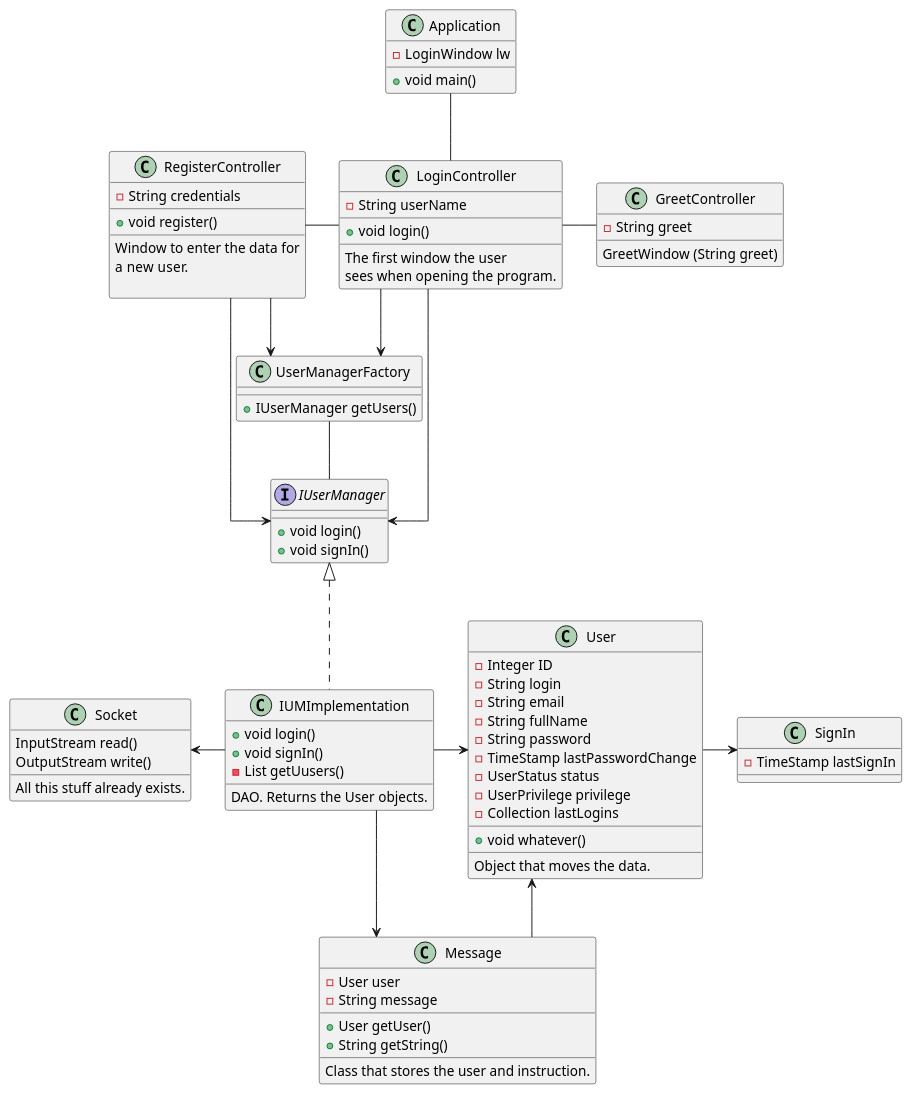
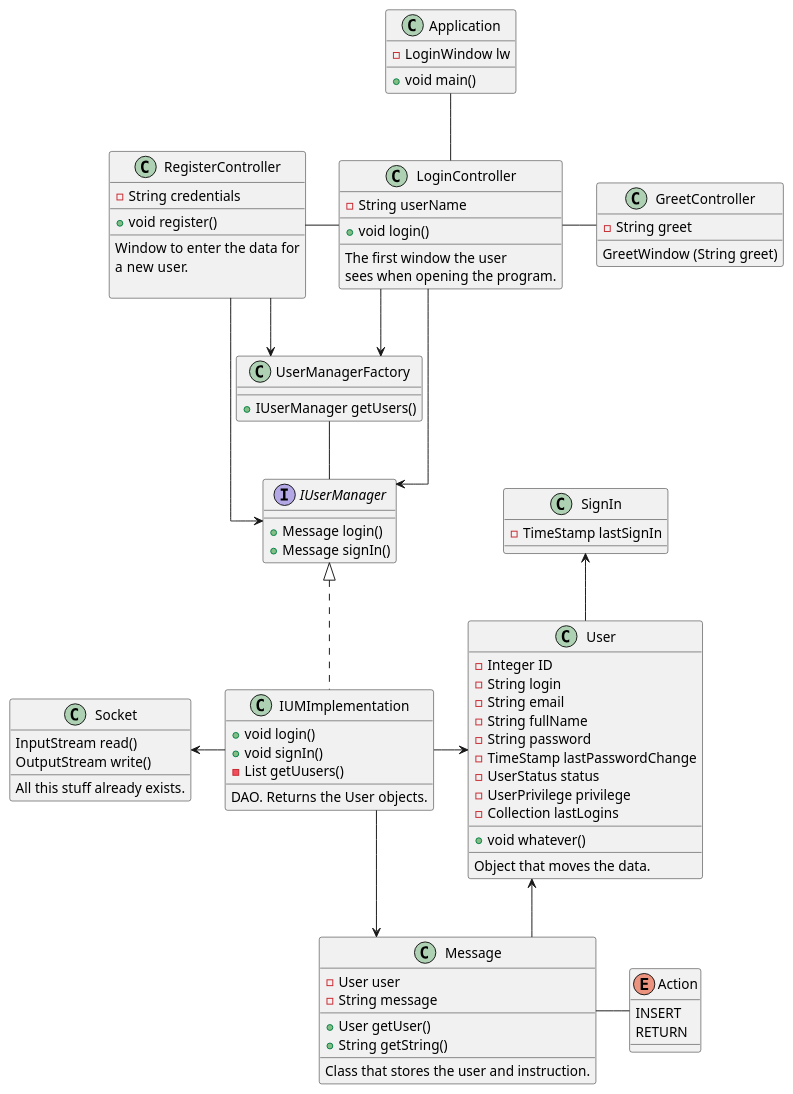
Before and after one commit to optickx/ClientReto1: the diagram in uml/client.puml, drawn with PlantUML. The commit also changed 3 other files, not shown here.

Commit message:
changes at diagram

```diff
--- a/uml/client.puml
+++ b/uml/client.puml
@@ -1,129 +1,154 @@
 @startuml client
 /'Graphic properties
 '/
 
 skinparam linetype ortho
 
 /'Main class
 '/
 class Application {
     -LoginWindow lw
     +void main()
 }
 
 /'Every window of the program.
 Three of them.'/
 class LoginController {
     -String userName
     __
     +void login()
     __
     The first window the user 
     sees when opening the program.
 }
 class RegisterController {
     -String credentials
     __
     +void register()
     __
     Window to enter the data for 
     a new user.
 
 }
 class GreetController {
     -String greet
     __
     GreetWindow (String greet)
 }
 
 /'Logic part of the program.
 '/
 interface IUserManager {
-    +void login()
-    +void signIn()
+    +Message login()
+    +Message signIn()
 }
 class IUMImplementation {
     +void login()
     +void signIn()
     -List getUusers()
     __
     DAO. Returns the User objects.
 }
 class UserManagerFactory {
     +IUserManager getUsers()
 }
 
 /'Pre-existing Java classes
 '/
 class Socket {
     InputStream read()
     OutputStream write()
     __
     All this stuff already exists.
 }
 
 /'Objects, etc
 '/
 class User {
     -Integer ID
     -String login
     -String email
     -String fullName
     -String password
     -TimeStamp lastPasswordChange
     -UserStatus status
     -UserPrivilege privilege
     -Collection lastLogins
     __
     +void whatever()
     __
     Object that moves the data.
 }
 class SignIn {
     -TimeStamp lastSignIn
 }
 /'Encapsulator class
 '/
 class Message {
     -User user
     -String message
     __
     +User getUser()
     +String getString()
     __
     Class that stores the user and instruction.
 }
+/'types of response'/
+enum Action {
+    INSERT
+    RETURN
+}
 
-/'Exceptions.'/
+/'Exceptions.
+class UserNotFoundException {
+}
+class UsernameNotAvailableException {
+}
+class EmailNotAvailableException {
+}
+class InvalidEmailFormatException {
+}
+class UnmatchedPasswordsException {
+}
+'/
 
 Application -- LoginController
 
 LoginController -right- GreetController
 LoginController -left- RegisterController
 
 LoginController -down-> UserManagerFactory
 RegisterController --> UserManagerFactory
 
 LoginController --> IUserManager
 RegisterController --> IUserManager
 
 /' It looks horrible but ya have to indicate it:
 User appears in every class from view.
 '/
 
 /'
 LoginController --> User
 RegisterController --> User
 GreetController -down-> User
 '/
 
 UserManagerFactory -- IUserManager
 IUserManager <|.. IUMImplementation
 IUMImplementation -right-> User
 
 IUMImplementation -left-> Socket
 IUMImplementation --> Message
 
-User -right-> SignIn
+User -up-> SignIn
 User <-right- Message
+Action -left- Message
+
+/'
+IUMImplementation -down- UserNotFoundException
+IUMImplementation -down- UsernameNotAvailableException
+IUMImplementation -down- EmailNotAvailableException
+InvalidEmailFormatException -right- RegisterController
+UnmatchedPasswordsException -- RegisterController
+'/
 @enduml
```
